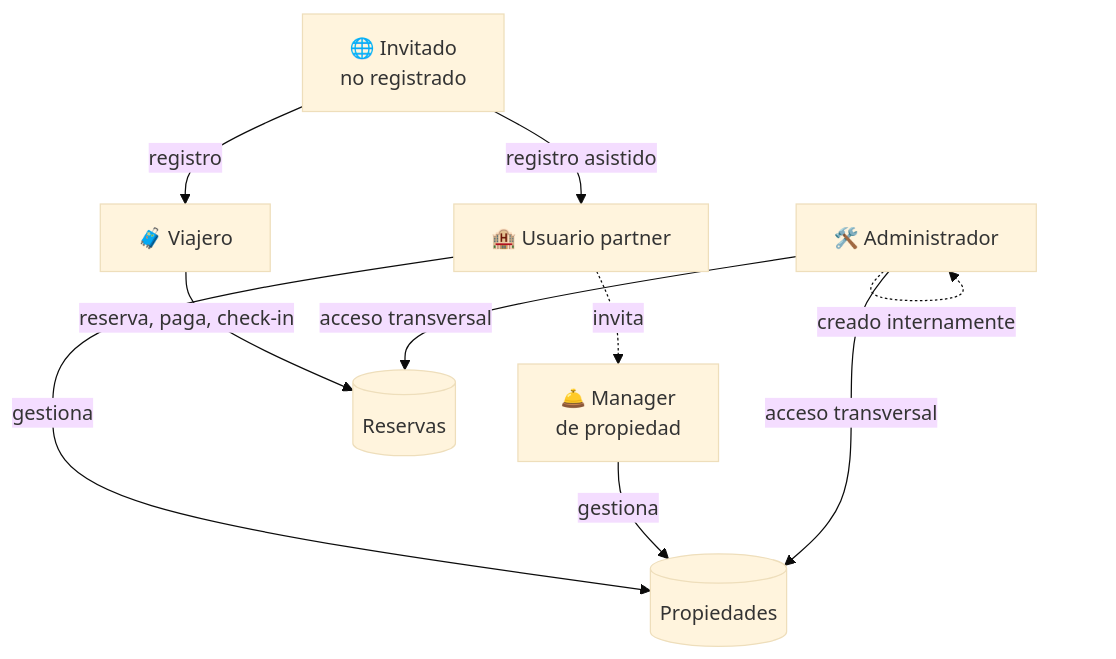
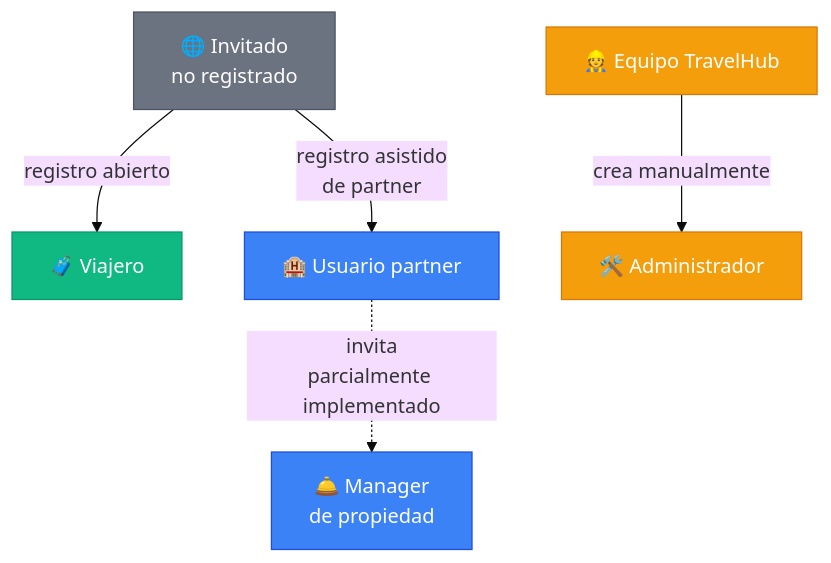
One commit to camila1973/Proyecto-final-grupo1 changed the diagram in docs/user-guide/02-users-and-roles.md. Above: the diagram before and after it, drawn with Mermaid (base theme). The commit also changed other lines of this file, not shown here.

Commit message:
docs(user-guide): simplificar diagrama de roles
El diagrama mezclaba dos conceptos distintos (origen del rol y
recursos que gestiona) y producía cruces de líneas. Ahora muestra
solo el árbol de origen de cada rol con colores semánticos por
familia (verde viajero, azul partner, ámbar admin). La parte de
'qué gestiona cada rol' ya estaba cubierta por la tabla siguiente.

````diff
--- a/docs/user-guide/02-users-and-roles.md
+++ b/docs/user-guide/02-users-and-roles.md
@@ -8,19 +8,17 @@
 ```mermaid
 flowchart TB
     Anon[🌐 Invitado<br/>no registrado]
-    Guest[🧳 Viajero]
-    PartnerUser[🏨 Usuario partner]
-    Manager[🛎️ Manager<br/>de propiedad]
-    Admin[🛠️ Administrador]
+    Anon -->|registro abierto| Guest[🧳 Viajero]
+    Anon -->|registro asistido<br/>de partner| PartnerUser[🏨 Usuario partner]
+    PartnerUser -.->|invita<br/>parcialmente implementado| Manager[🛎️ Manager<br/>de propiedad]
+    Internal[👷 Equipo TravelHub] -->|crea manualmente| Admin[🛠️ Administrador]
 
-    Anon -->|registro| Guest
-    Anon -->|registro asistido| PartnerUser
-    PartnerUser -.->|invita| Manager
-    Admin -.->|creado internamente| Admin
-
-    Guest -->|reserva, paga, check-in| Reservas[(Reservas)]
-    PartnerUser -->|gestiona| Propiedades[(Propiedades)]
-    Manager -->|gestiona| Propiedades
-    Admin -->|acceso transversal| Reservas
-    Admin -->|acceso transversal| Propiedades
+    classDef anon fill:#6b7280,stroke:#4b5563,color:#fff
+    classDef guest fill:#10b981,stroke:#059669,color:#fff
+    classDef partner fill:#3b82f6,stroke:#1d4ed8,color:#fff
+    classDef admin fill:#f59e0b,stroke:#d97706,color:#fff
+    class Anon anon
+    class Guest guest
+    class PartnerUser,Manager partner
+    class Internal,Admin admin
 ```
````
